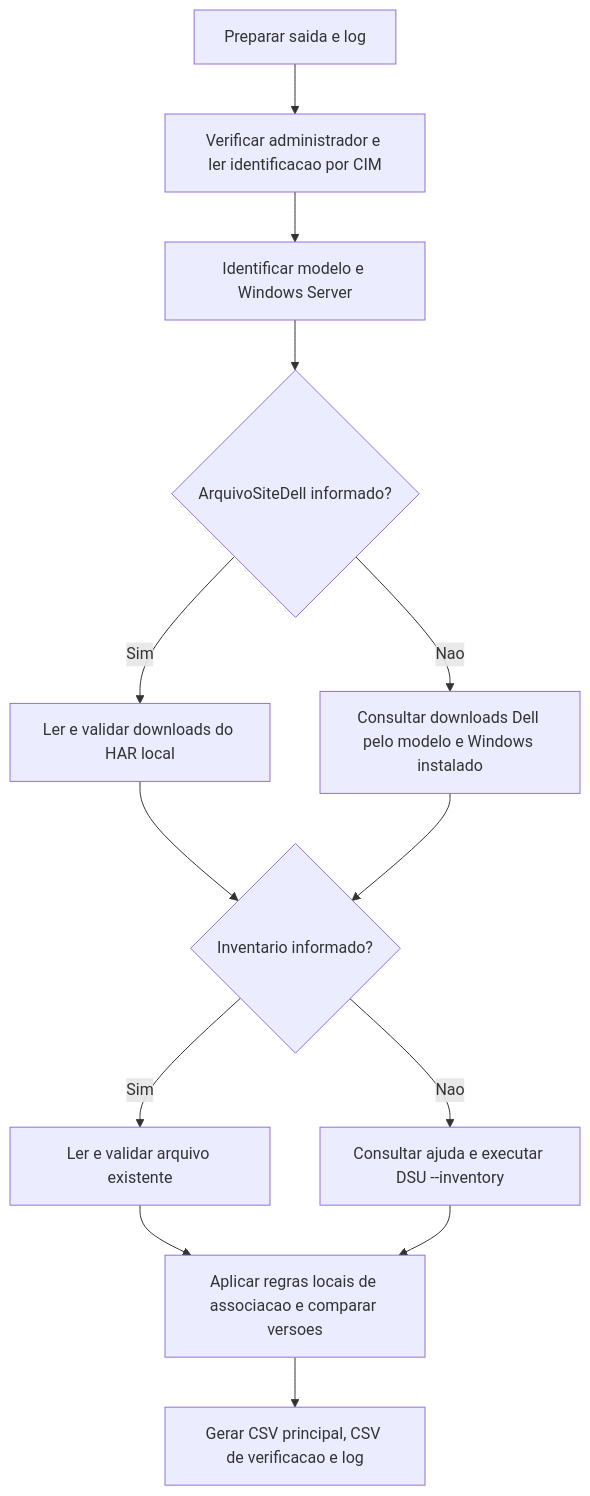
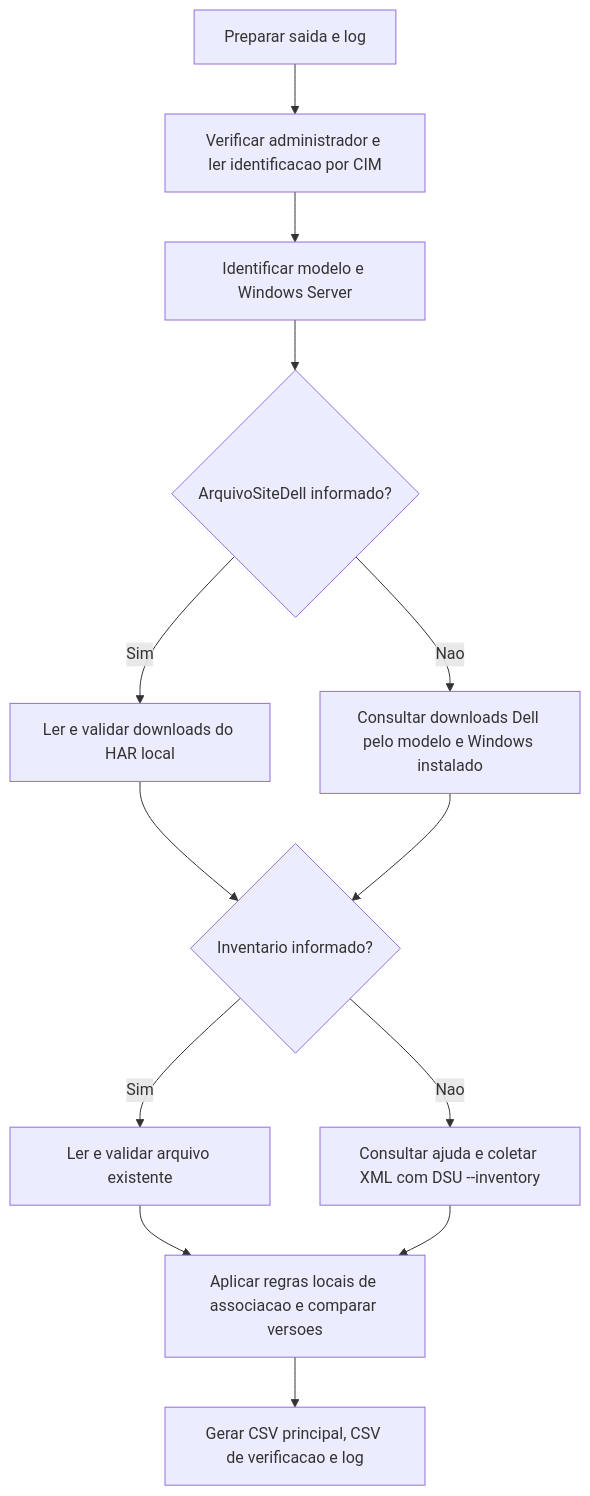
The diagram in README.md (fellypedarosa/RelatorioDell), drawn with Mermaid before and after one commit. The commit also changed other lines of this file and 7 other files, not shown here.

Commit message:
fix: usar inventario XML do DSU e identificar firmware de discos

````diff
--- a/README.md
+++ b/README.md
@@ -83,15 +95,15 @@
 ```mermaid
 flowchart TD
     A[Preparar saida e log] --> B[Verificar administrador e ler identificacao por CIM]
     B --> C[Identificar modelo e Windows Server]
     C --> D{ArquivoSiteDell informado?}
     D -->|Sim| J[Ler e validar downloads do HAR local]
     D -->|Nao| K[Consultar downloads Dell pelo modelo e Windows instalado]
     J --> E{Inventario informado?}
     K --> E
     E -->|Sim| F[Ler e validar arquivo existente]
-    E -->|Nao| G[Consultar ajuda e executar DSU --inventory]
+    E -->|Nao| G[Consultar ajuda e coletar XML com DSU --inventory]
     F --> H[Aplicar regras locais de associacao e comparar versoes]
     G --> H
     H --> I[Gerar CSV principal, CSV de verificacao e log]
 ```
````
